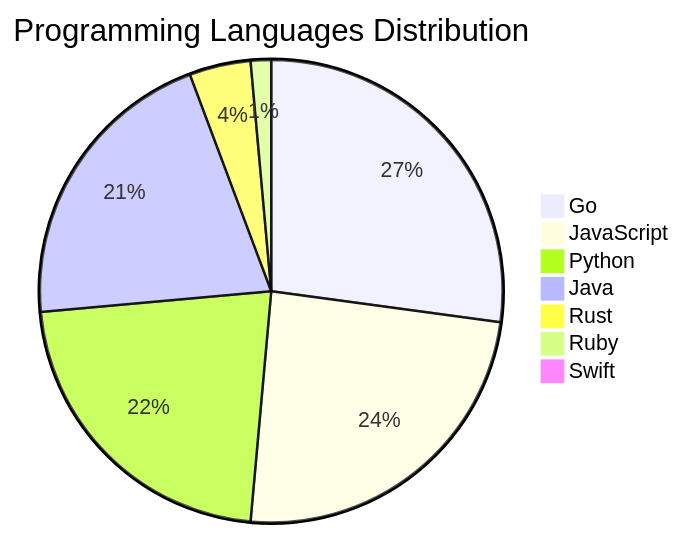
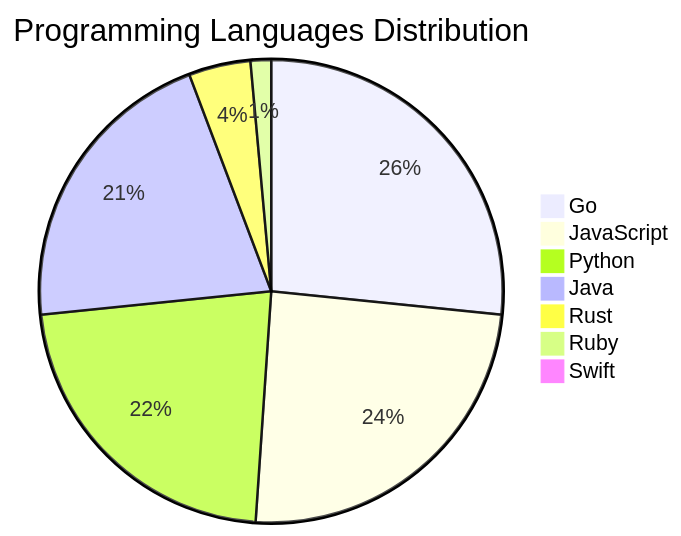
Before and after one commit to Derrick-MUGISHA/github-activity-bot: the diagram in README.md, drawn with Mermaid. The commit also changed other lines of this file and 4 other files, not shown here.

````diff
--- a/README.md
+++ b/README.md
@@ -207,10 +207,10 @@
 ```mermaid
 pie title Programming Languages Distribution
-    "Go" : 38
+    "Go" : 37
     "JavaScript" : 34
     "Python" : 31
     "Java" : 29
     "Rust" : 6
     "Ruby" : 2
     "Swift" : 1
 ```
````
